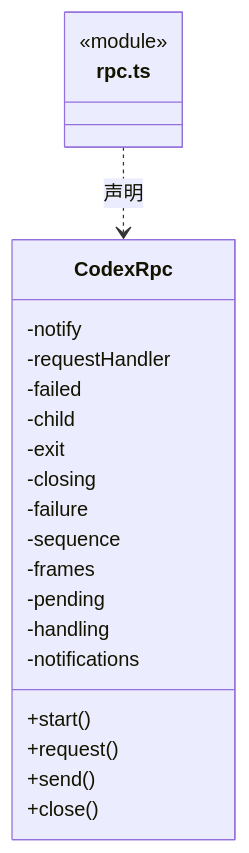
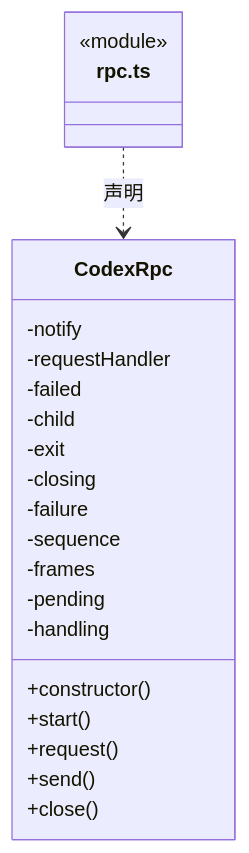
The seventh of 13 diagrams in src/logic/execution/engines/codex/ARCHITECTURE.md (nan023062/cbim), drawn with Mermaid before and after one commit. The commit also changed other lines of this file and 139 other files, not shown here.

Commit message:
docs(architecture): add source reading paths and complete file inventories

````diff
--- a/src/logic/execution/engines/codex/ARCHITECTURE.md
+++ b/src/logic/execution/engines/codex/ARCHITECTURE.md
@@ -144,25 +149,25 @@
 ```mermaid
 classDiagram
 class N_src_logic_execution_engines_codex_rpc_ts["rpc.ts"] {
   <<module>>
 }
 class N_src_logic_execution_engines_codex_rpc_ts_CodexRpc["CodexRpc"] {
+  +constructor()
   +start()
   +request()
   +send()
   +close()
   -notify
   -requestHandler
   -failed
   -child
   -exit
   -closing
   -failure
   -sequence
   -frames
   -pending
   -handling
-  -notifications
 }
 N_src_logic_execution_engines_codex_rpc_ts ..> N_src_logic_execution_engines_codex_rpc_ts_CodexRpc : 声明
 ```
````
